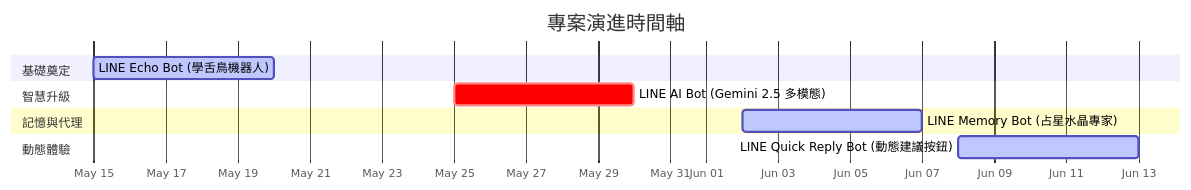
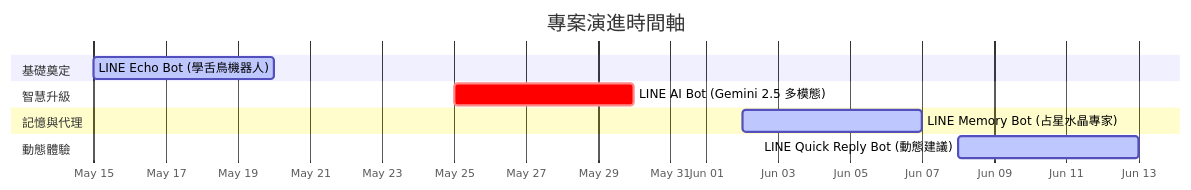
One commit to zonawang/zona-ai-learning-lab changed the diagram in README.md. Above: the diagram before and after it, drawn with Mermaid.

Commit message:
docs: shorten Quick Reply task name in Gantt chart to avoid text overflow

````diff
--- a/README.md
+++ b/README.md
@@ -11,18 +11,18 @@
 ```mermaid
 gantt
     title 專案演進時間軸
     dateFormat  YYYY-MM-DD
     axisFormat  %b %d
     
     section 基礎奠定
     LINE Echo Bot (學舌鳥機器人) :active, p1, 2026-05-15, 5d
     
     section 智慧升級
     LINE AI Bot (Gemini 2.5 多模態) :crit, p2, 2026-05-25, 5d
     
     section 記憶與代理
     LINE Memory Bot (占星水晶專家) :active, p3, 2026-06-02, 5d
     
     section 動態體驗
-    LINE Quick Reply Bot (動態建議按鈕) :active, p4, 2026-06-08, 5d
+    LINE Quick Reply Bot (動態建議) :active, p4, 2026-06-08, 5d
 ```
````
